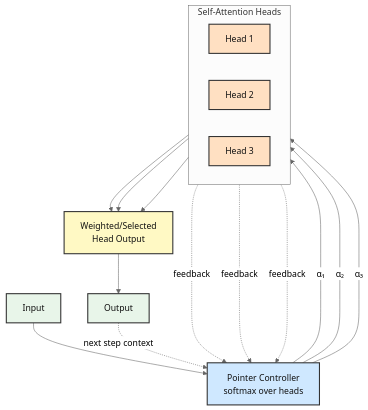
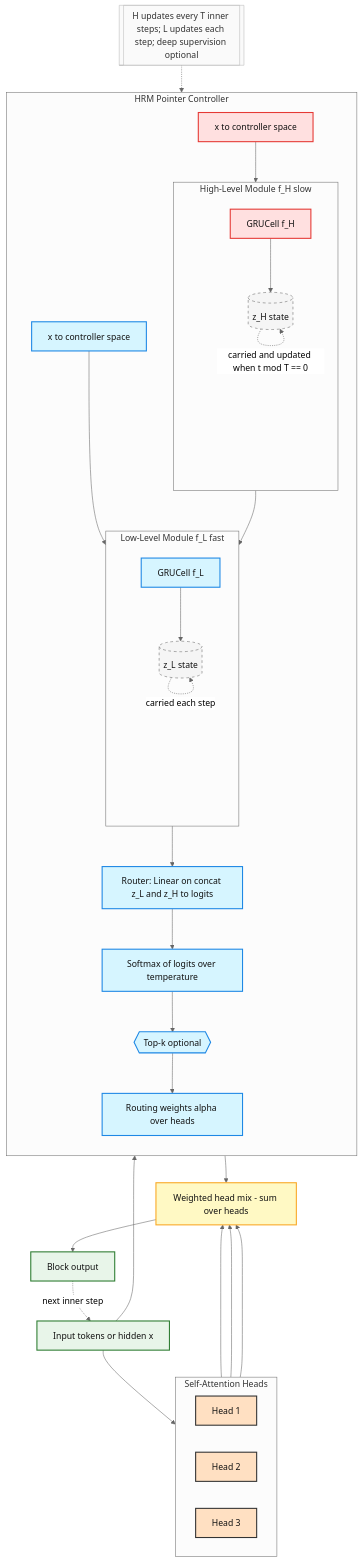
Before and after one commit to Eran-BA/PoT: the diagram in README.md, drawn with Mermaid (neutral theme). The commit also changed 1 other file, not shown here.

Commit message:
Update README architecture diagram to show HRM controller
New diagram features:
- Two-timescale HRM controller (f_H slow, f_L fast)
- Separate state visualization (z_H, z_L)
- Multi-timescale update flow (H every T steps, L each step)
- Router pipeline (Linear → Softmax → Top-k → Alphas)
- Color-coded components:
  * Blue: Fast L-module (updates each step)
  * Red: Slow H-module (updates every T steps)
  * Orange: Attention heads
  * Yellow: Mixer
  * Green: I/O
- Recurrence loops showing state persistence
- Note explaining timing and deep supervision

Replaces simpler pointer controller diagram with full HRM architecture.
Shows how multi-timescale reasoning is implemented.

Author: Eran Ben Artzy

````diff
--- a/README.md
+++ b/README.md
@@ -16,43 +16,80 @@
 ```mermaid
 flowchart TB
-  %% Styles
+  %% ==== Styles ====
   classDef head fill:#ffe0c2,stroke:#333,stroke-width:2px,color:#111
-  classDef ctrl fill:#cfe8ff,stroke:#333,stroke-width:2px,color:#111
-  classDef io fill:#e8f5e9,stroke:#333,stroke-width:2px,color:#111
-  classDef mix fill:#fff9c4,stroke:#333,stroke-width:2px,color:#111
-  
-  %% Nodes
-  X[Input]:::io
-  
-  PC[Pointer Controller<br/>softmax over heads]:::ctrl
-  
-  subgraph SA[Self-Attention Heads ]
+  classDef ctrlL fill:#d6f5ff,stroke:#1e88e5,stroke-width:2px,color:#111
+  classDef ctrlH fill:#ffe0e0,stroke:#e53935,stroke-width:2px,color:#111
+  classDef io fill:#e8f5e9,stroke:#2e7d32,stroke-width:2px,color:#111
+  classDef mix fill:#fff9c4,stroke:#f9a825,stroke-width:2px,color:#111
+  classDef state fill:#f5f5f5,stroke:#666,stroke-width:1px,stroke-dasharray:5 5,color:#111
+  classDef note fill:#fafafa,stroke:#bbb,stroke-width:1px,color:#333
+
+  %% ==== I/O ====
+  X[Input tokens or hidden x]:::io
+  Y[Block output]:::io
+
+  %% ==== Heads ====
+  subgraph SA["Self-Attention Heads"]
     direction LR
     H1[Head 1]:::head
     H2[Head 2]:::head
     H3[Head 3]:::head
   end
-  
-  MIX[Weighted/Selected<br/>Head Output]:::mix
-  Y[Output]:::io
-  
-  %% Forward pass
-  X --> PC
-  PC -->|α₁| H1
-  PC -->|α₂| H2
-  PC -->|α₃| H3
-  
+
+  %% ==== HRM Controller ====
+  subgraph HRM["HRM Pointer Controller"]
+    direction TB
+
+    %% High-level (slow)
+    subgraph HMOD["High-Level Module f_H slow"]
+      direction TB
+      zH[(z_H state)]:::state
+      FH[GRUCell f_H]:::ctrlH
+    end
+
+    %% Low-level (fast)
+    subgraph LMOD["Low-Level Module f_L fast"]
+      direction TB
+      zL[(z_L state)]:::state
+      FL[GRUCell f_L]:::ctrlL
+    end
+
+    %% Router head
+    RT["Router: Linear on concat z_L and z_H to logits"]:::ctrlL
+    SM["Softmax of logits over temperature"]:::ctrlL
+    TK{{Top-k optional}}:::ctrlL
+    ALPHA["Routing weights alpha over heads"]:::ctrlL
+
+    %% Internal wiring
+    Xp[x to controller space]:::ctrlH --> FH --> zH
+    zH --> FL
+    Xc[x to controller space]:::ctrlL --> FL
+    FL --> zL
+    zL --> RT --> SM --> TK --> ALPHA
+  end
+
+  %% ==== Mixer ====
+  MIX[Weighted head mix - sum over heads]:::mix
+
+  %% ==== Timing / Notes ====
+  NOTE1[[H updates every T inner steps; L updates each step; deep supervision optional]]:::note
+
+  %% ==== Main flow ====
+  X --> SA
+  X --> HRM
+  ALPHA --> MIX
   H1 --> MIX
   H2 --> MIX
   H3 --> MIX
-  
   MIX --> Y
-  
-  %% Feedback cycles (recurrent control)
-  H1 -.feedback.-> PC
-  H2 -.feedback.-> PC
-  H3 -.feedback.-> PC
-  
-  %% Optional recurrence over time
-  Y -.next step context.-> PC
+
+  %% ==== Recurrence across inner iterations ====
+  Y -. next inner step .-> X
+  zL -. carried each step .-> zL
+  zH -. carried and updated when t mod T == 0 .-> zH
+
+  NOTE1 -.-> HRM
+
+  class H1,H2,H3 head
+  class MIX mix
 ```
````
